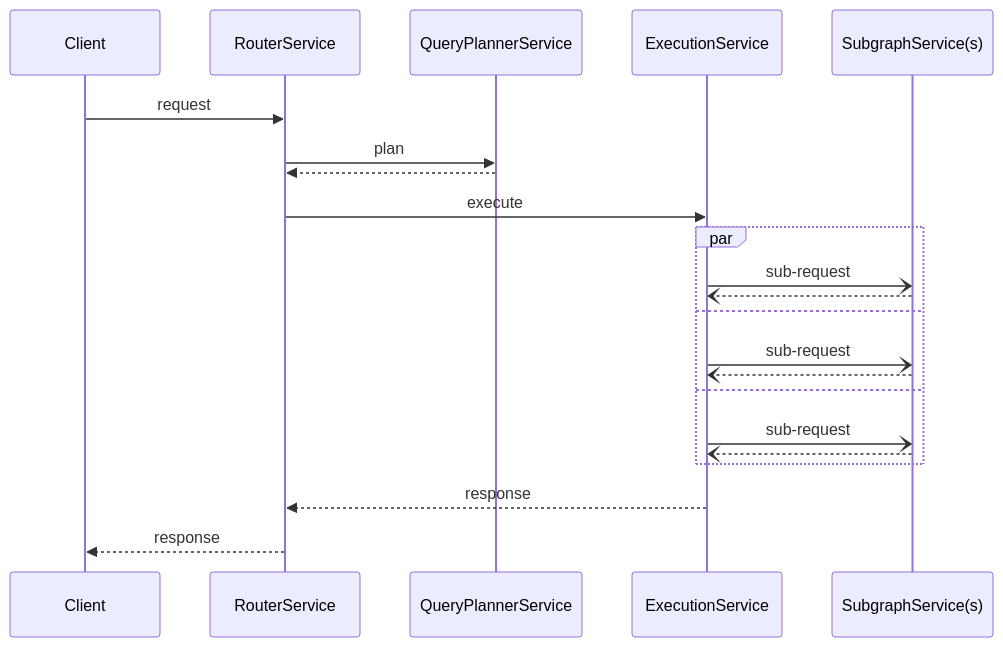
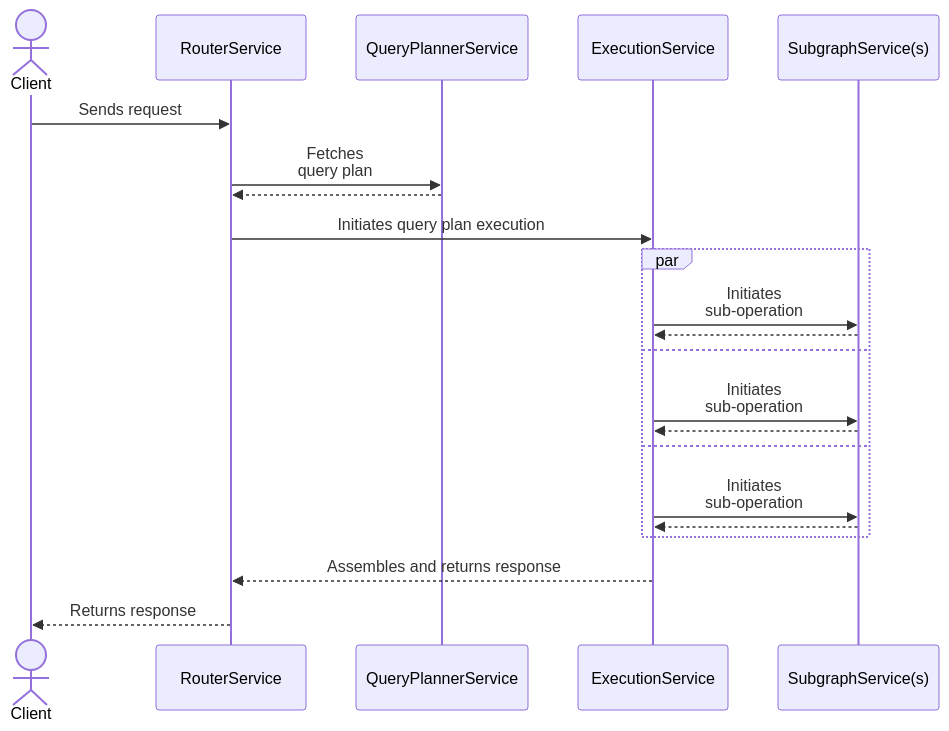
One commit to apollographql/router changed the diagram in docs/source/customizations/overview.mdx. Above: the diagram before and after it, drawn with Mermaid. The commit also changed other lines of this file and 12 other files, not shown here.

````diff
--- a/docs/source/customizations/overview.mdx
+++ b/docs/source/customizations/overview.mdx
@@ -27,25 +27,25 @@
 ```mermaid
 sequenceDiagram
-    participant Client
+    actor Client
     participant RouterService
     participant QueryPlannerService
     participant ExecutionService
     participant SubgraphService(s)
 
-    Client->>RouterService: request
-    RouterService->>QueryPlannerService: plan
+    Client->>RouterService: Sends request
+    RouterService->>QueryPlannerService: Fetches<br/>query plan
     QueryPlannerService-->>RouterService: 
-    RouterService->>ExecutionService: execute
+    RouterService->>ExecutionService: Initiates query plan execution
     par
-    ExecutionService-)SubgraphService(s): sub-request
-    SubgraphService(s)--)ExecutionService: 
+    ExecutionService->>SubgraphService(s): Initiates<br/>sub-operation
+    SubgraphService(s)-->>ExecutionService: 
     and
-    ExecutionService-)SubgraphService(s): sub-request
-    SubgraphService(s)--)ExecutionService: 
+    ExecutionService->>SubgraphService(s): Initiates<br/>sub-operation
+    SubgraphService(s)-->>ExecutionService: 
     and
-    ExecutionService-)SubgraphService(s): sub-request
-    SubgraphService(s)--)ExecutionService: 
+    ExecutionService->>SubgraphService(s): Initiates<br/>sub-operation
+    SubgraphService(s)-->>ExecutionService: 
     end
-    ExecutionService-->>RouterService: response
-    RouterService-->>Client: response
+    ExecutionService-->>RouterService: Assembles and returns response
+    RouterService-->>Client: Returns response
 ```
````
